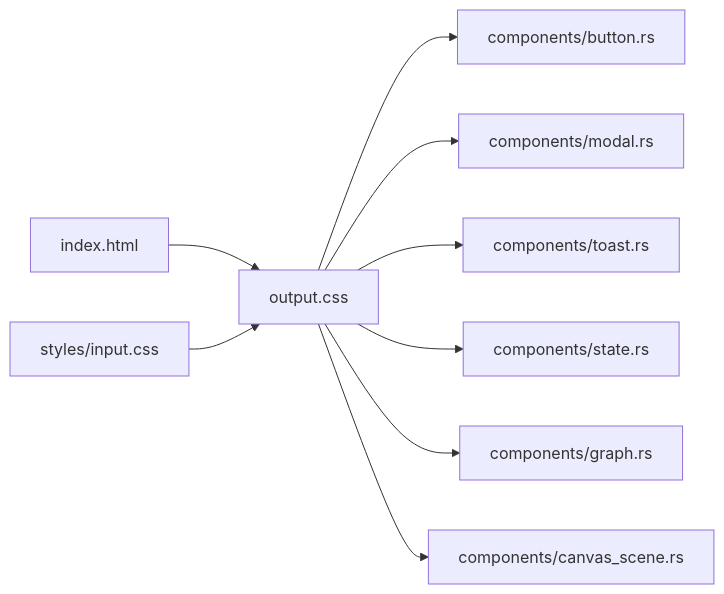
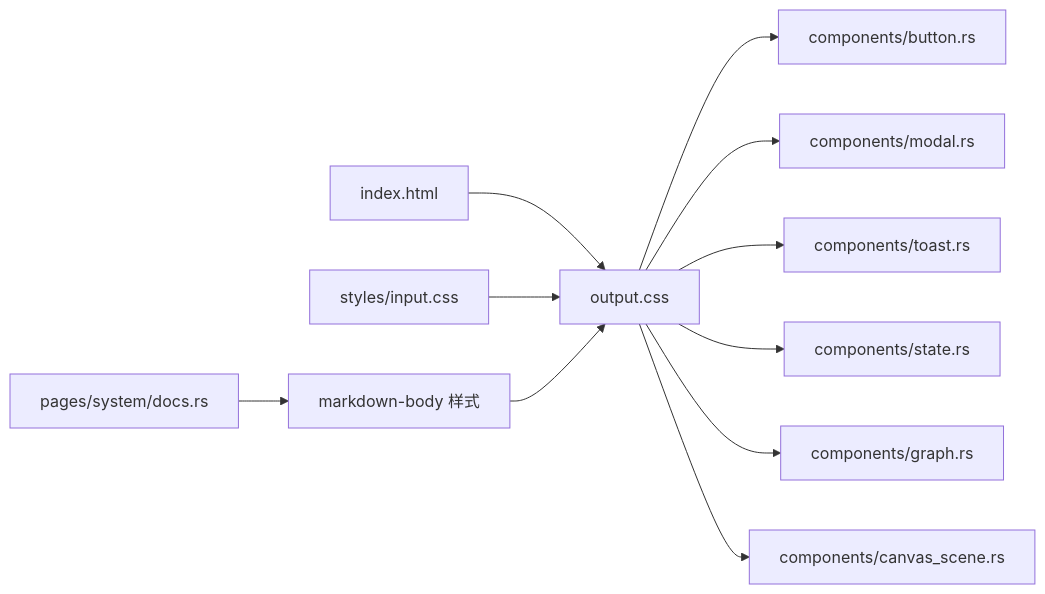
The third of 3 diagrams in .qoder/repowiki/zh/content/前端应用/UI 样式与主题.md (runningcoders/ai_orz), drawn with Mermaid before and after one commit. The commit also changed other lines of this file and 338 other files, not shown here.

````diff
--- a/.qoder/repowiki/zh/content/前端应用/UI 样式与主题.md
+++ b/.qoder/repowiki/zh/content/前端应用/UI 样式与主题.md
@@ -201,11 +248,13 @@
 ```mermaid
 graph LR
 I["index.html"] --> O["output.css"]
 S["styles/input.css"] --> O
 O --> C1["components/button.rs"]
 O --> C2["components/modal.rs"]
 O --> C3["components/toast.rs"]
 O --> C4["components/state.rs"]
 O --> C5["components/graph.rs"]
 O --> C6["components/canvas_scene.rs"]
+D["pages/system/docs.rs"] --> M["markdown-body 样式"]
+M --> O
 ```
````
